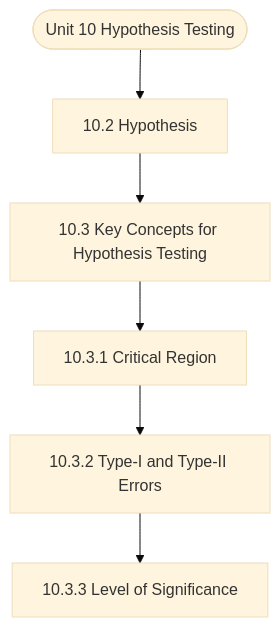
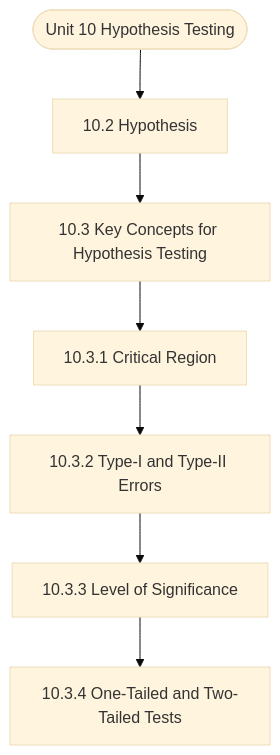
Before and after one commit to Asutosh-Coaching/mscdsa: the diagram in notes/Semester_2/MCS-066_Mathematical_Foundations_-_II/unit_10_Hypothesis_Testing.md, drawn with Mermaid (base theme). The commit also changed other lines of this file and 116 other files, not shown here.

````diff
--- a/notes/Semester_2/MCS-066_Mathematical_Foundations_-_II/unit_10_Hypothesis_Testing.md
+++ b/notes/Semester_2/MCS-066_Mathematical_Foundations_-_II/unit_10_Hypothesis_Testing.md
@@ -19,14 +19,16 @@
 ```mermaid
 flowchart TD
   Start(["Unit 10 Hypothesis Testing"])
   N1["10.2 Hypothesis"]
   N2["10.3 Key Concepts for Hypothesis Testing"]
   N3["10.3.1 Critical Region"]
   N4["10.3.2 Type-I and Type-II Errors"]
   N5["10.3.3 Level of Significance"]
+  N6["10.3.4 One-Tailed and Two-Tailed Tests"]
   Start --> N1
   N1 --> N2
   N2 --> N3
   N3 --> N4
   N4 --> N5
+  N5 --> N6
 ```
````
